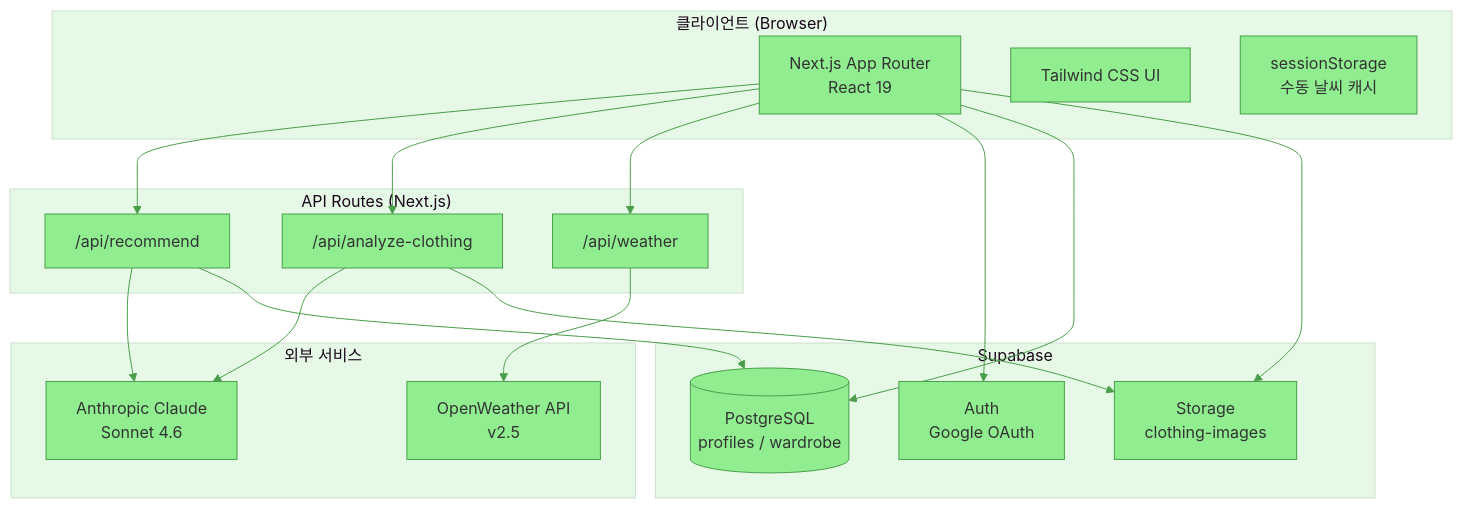
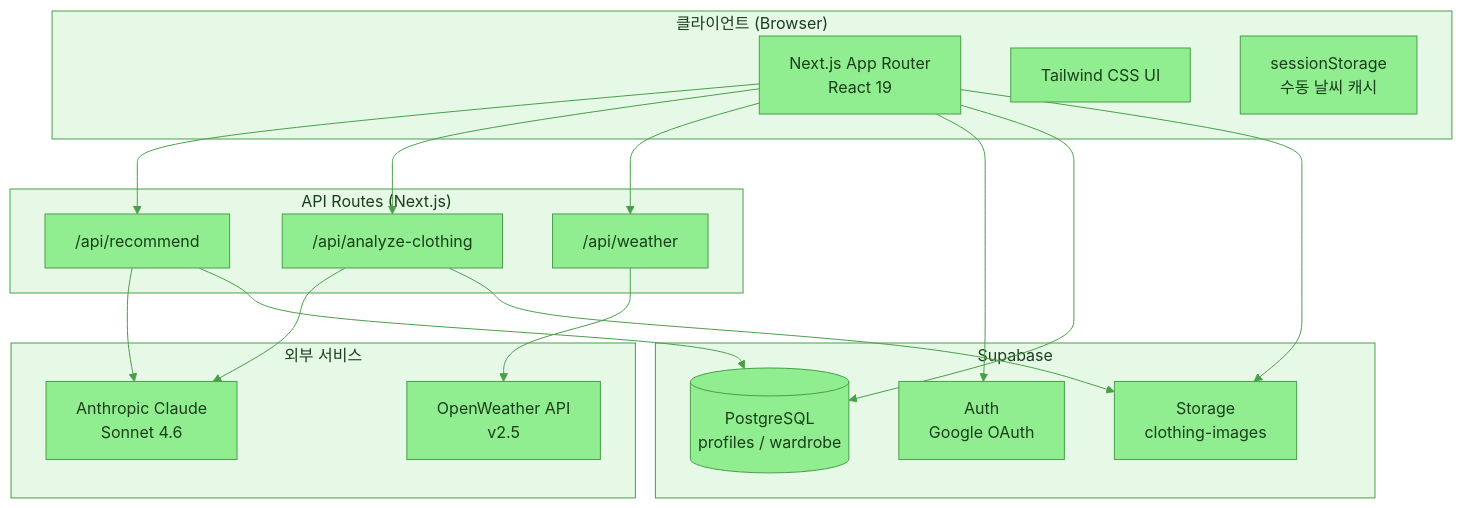
One commit to young017/weather changed the first of 5 diagrams in README.md. Above: the diagram before and after it, drawn with Mermaid. The commit also changed other lines of this file, not shown here.

````diff
--- a/README.md
+++ b/README.md
@@ -42,38 +51,38 @@
 ```mermaid
-%%{init: {'theme': 'base', 'themeVariables': {'primaryColor': '#90EE90', 'primaryBorderColor': '#4a9e4a', 'lineColor': '#4a9e4a', 'secondaryColor': '#c8f0c8', 'tertiaryColor': '#e6f9e6'}}}%%
+%%{init: {'theme': 'base', 'themeVariables': {'primaryColor': '#90EE90', 'primaryBorderColor': '#4a9e4a', 'primaryTextColor': '#1a3d1a', 'secondaryColor': '#c8f0c8', 'secondaryBorderColor': '#4a9e4a', 'tertiaryColor': '#e6f9e6', 'tertiaryBorderColor': '#4a9e4a', 'lineColor': '#4a9e4a', 'clusterBkg': '#e6f9e6', 'clusterBorder': '#4a9e4a', 'titleColor': '#1a3d1a', 'edgeLabelBackground': '#e6f9e6'}}}%%
 graph TB
     subgraph Client["클라이언트 (Browser)"]
         A[Next.js App Router<br/>React 19]
         B[Tailwind CSS UI]
         C[sessionStorage<br/>수동 날씨 캐시]
     end
 
     subgraph API["API Routes (Next.js)"]
         D["/api/recommend"]
         E["/api/analyze-clothing"]
         F["/api/weather"]
     end
 
     subgraph External["외부 서비스"]
         G[Anthropic Claude<br/>Sonnet 4.6]
         H[OpenWeather API<br/>v2.5]
     end
 
     subgraph Supabase["Supabase"]
         I[(PostgreSQL<br/>profiles / wardrobe)]
         J[Storage<br/>clothing-images]
         K[Auth<br/>Google OAuth]
     end
 
     A --> D
     A --> E
     A --> F
     D --> G
     D --> I
     E --> G
     E --> J
     F --> H
     A --> K
     A --> I
     A --> J
 ```
````
